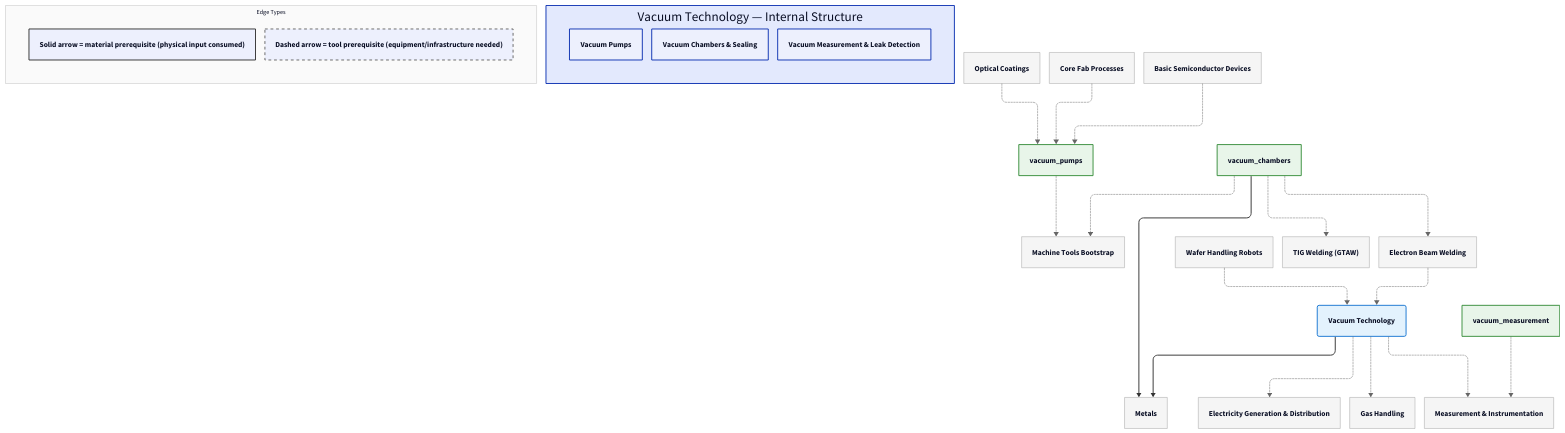
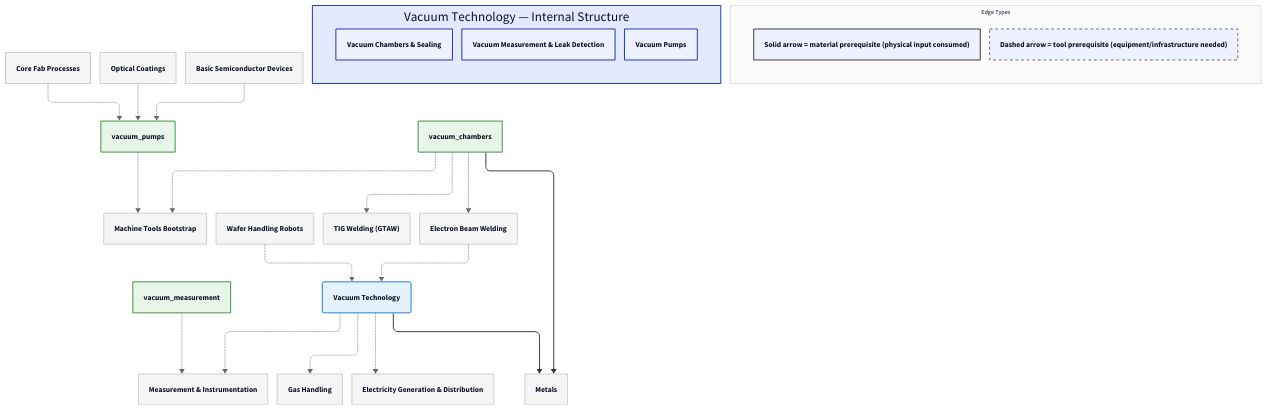
Before and after one commit to egofree/TechTree: the diagram in diagrams/d2/vacuum.d2, drawn with D2. The commit also changed other lines of this file and 94 other files, not shown here.

First line of the commit message:
feat(scripts): rewrite diagram generator, site builder, and validator to use tt_data.py

```diff
--- a/diagrams/d2/vacuum.d2
+++ b/diagrams/d2/vacuum.d2
@@ -1,181 +1,181 @@
 vars: {
   d2-config: {
     layout-engine: elk
     pad: 20
     center: true
   }
 }
 
 direction: down
 
 classes: {
   domain: {
     style: {
       fill: "#e3f2fd"
       stroke: "#1976d2"
       stroke-width: 2
       border-radius: 4
     }
   }
   capability: {
     style: {
       fill: "#e8f5e9"
       stroke: "#388e3c"
       stroke-width: 2
     }
   }
   process: {
     style: {
       fill: "#fff3e0"
       stroke: "#f57c00"
       stroke-width: 2
     }
   }
   critical: {
     style: {
       fill: "#fff3e0"
       stroke: "#f57c00"
       stroke-width: 3
       bold: true
     }
   }
   earlyWin: {
     style: {
       fill: "#e8f5e9"
       stroke: "#388e3c"
       stroke-width: 3
     }
   }
   pinnacle: {
     style: {
       fill: "#fce4ec"
       stroke: "#c62828"
       stroke-width: 3
       bold: true
     }
   }
   external: {
     style: {
       fill: "#f5f5f5"
       stroke: "#9e9e9e"
       stroke-width: 1
     }
   }
   legend: {
     style: {
       fill: "#fafafa"
       stroke: "#bdbdbd"
       stroke-width: 1
       font-size: 13
     }
   }
   material-edge: {
     style: {
       stroke: "#333333"
       stroke-width: 2
     }
   }
   tool-edge: {
     style: {
       stroke: "#666666"
       stroke-width: 1
       stroke-dash: 3
     }
   }
 }
 
 # ==================== INTERNAL NODES ====================
 vacuum_internal: "Vacuum Technology — Internal Structure" {
-  vacuum_pumps: Vacuum Pumps
   vacuum_chambers: "Vacuum Chambers & Sealing"
   vacuum_measurement: "Vacuum Measurement & Leak Detection"
+  vacuum_pumps: Vacuum Pumps
 }
 
 # ==================== DOMAIN NODE ====================
 vacuum: Vacuum Technology
 
 # ==================== EXTERNAL DEPENDENCIES ====================
 automation_wafer-handling: Wafer Handling Robots {
   shape: rectangle
 }
 energy_electricity: "Electricity Generation & Distribution" {
   shape: rectangle
 }
 gas-handling: Gas Handling {
   shape: rectangle
 }
 machine-tools: Machine Tools Bootstrap {
   shape: rectangle
 }
 machine-tools_joining_electron-beam: Electron Beam Welding {
   shape: rectangle
 }
 machine-tools_joining_tig-welding: "TIG Welding (GTAW)" {
   shape: rectangle
 }
 measurement: "Measurement & Instrumentation" {
   shape: rectangle
 }
 metals: Metals {
   shape: rectangle
 }
 optics_inspection_optical-coatings: Optical Coatings {
   shape: rectangle
 }
 photolithography_fab-processes: Core Fab Processes {
   shape: rectangle
 }
 silicon_basic-devices: Basic Semiconductor Devices {
   shape: rectangle
 }
 
 # ==================== EDGES ====================
-vacuum -> gas-handling: { class: tool-edge }
-vacuum -> energy_electricity: { class: tool-edge }
-vacuum -> metals: { class: material-edge }
-vacuum -> measurement: { class: tool-edge }
-vacuum_pumps -> machine-tools: { class: tool-edge }
+automation_wafer-handling -> vacuum: { class: tool-edge }
+machine-tools_joining_electron-beam -> vacuum: { class: tool-edge }
+optics_inspection_optical-coatings -> vacuum_pumps: { class: tool-edge }
+photolithography_fab-processes -> vacuum_pumps: { class: tool-edge }
+silicon_basic-devices -> vacuum_pumps: { class: tool-edge }
+vacuum_chambers -> machine-tools_joining_electron-beam: { class: tool-edge }
+vacuum_chambers -> machine-tools_joining_tig-welding: { class: tool-edge }
 vacuum_chambers -> machine-tools: { class: tool-edge }
 vacuum_chambers -> metals: { class: material-edge }
 vacuum_measurement -> measurement: { class: tool-edge }
-silicon_basic-devices -> vacuum_pumps: { class: tool-edge }
-photolithography_fab-processes -> vacuum_pumps: { class: tool-edge }
-optics_inspection_optical-coatings -> vacuum_pumps: { class: tool-edge }
-automation_wafer-handling -> vacuum: { class: tool-edge }
-machine-tools_joining_electron-beam -> vacuum: { class: tool-edge }
-vacuum_chambers -> machine-tools_joining_tig-welding: { class: tool-edge }
-vacuum_chambers -> machine-tools_joining_electron-beam: { class: tool-edge }
+vacuum_pumps -> machine-tools: { class: tool-edge }
+vacuum -> energy_electricity: { class: tool-edge }
+vacuum -> gas-handling: { class: tool-edge }
+vacuum -> measurement: { class: tool-edge }
+vacuum -> metals: { class: material-edge }
 
 # ==================== STYLING ====================
 vacuum.class: domain
-vacuum_pumps.class: capability
 vacuum_chambers.class: capability
 vacuum_measurement.class: capability
+vacuum_pumps.class: capability
 automation_wafer-handling.class: external
 energy_electricity.class: external
 gas-handling.class: external
 machine-tools.class: external
 machine-tools_joining_electron-beam.class: external
 machine-tools_joining_tig-welding.class: external
 measurement.class: external
 metals.class: external
 optics_inspection_optical-coatings.class: external
 photolithography_fab-processes.class: external
 silicon_basic-devices.class: external
 
 # ==================== LEGEND ====================
 d2-legend: "Edge Types" {
   class: legend
   mat: "Solid arrow = material prerequisite (physical input consumed)" {
     style: {
       stroke: "#333333"
       stroke-width: 2
     }
   }
   tool: "Dashed arrow = tool prerequisite (equipment/infrastructure needed)" {
     style: {
       stroke: "#666666"
       stroke-dash: 3
     }
   }
 }
```
